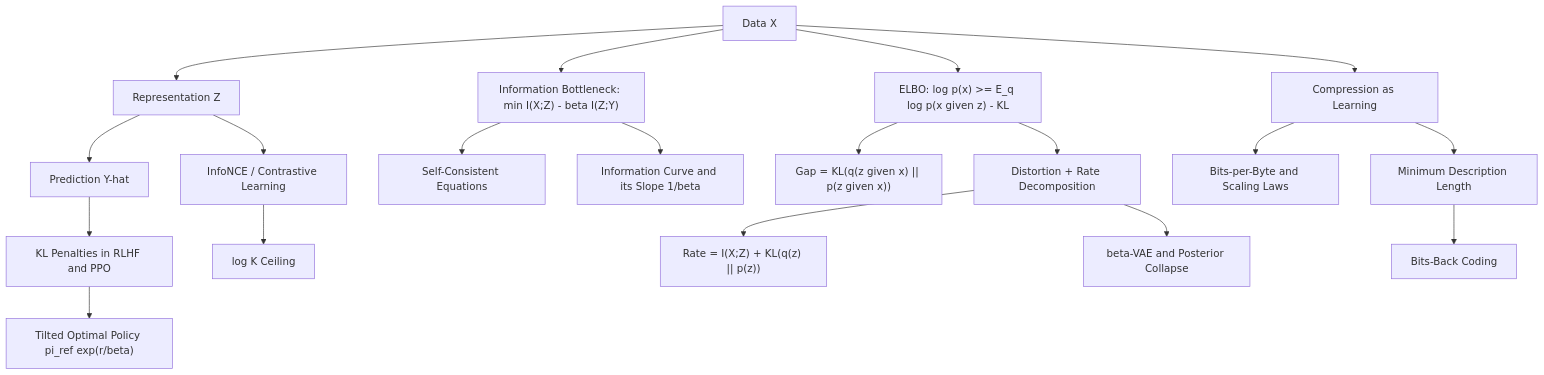
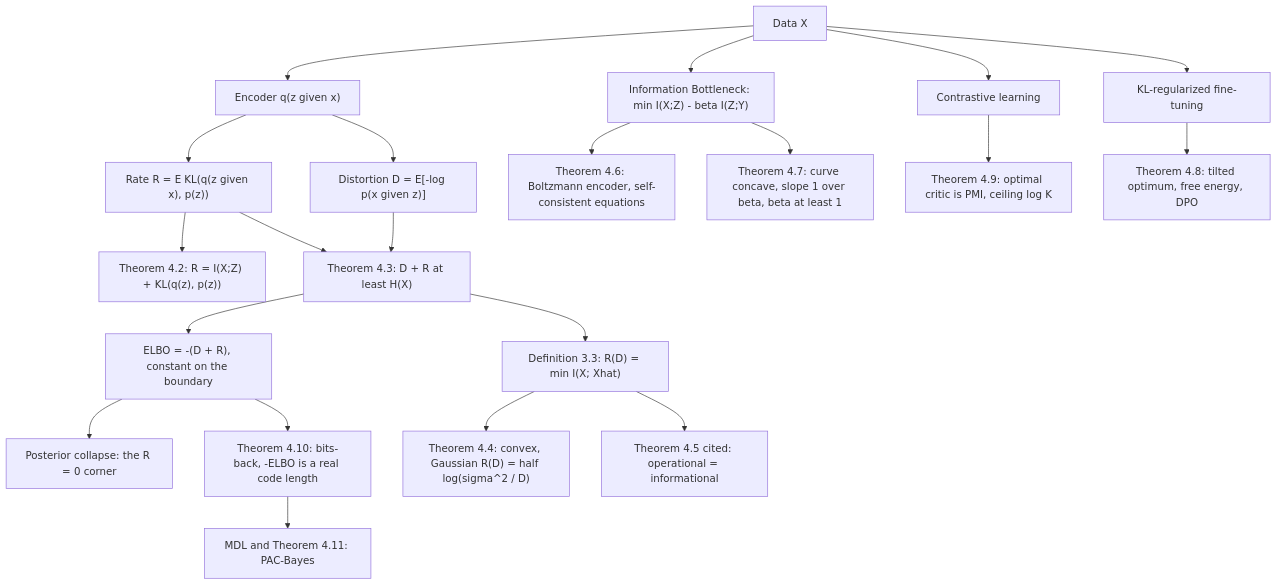
One commit to hien078/applied-mathematics-foundation changed the diagram in information_theory/06_information_theory_in_deep_learning/README.md. Above: the diagram before and after it, drawn with Mermaid. The commit also changed other lines of this file and 150 other files, not shown here.

````diff
--- a/information_theory/06_information_theory_in_deep_learning/README.md
+++ b/information_theory/06_information_theory_in_deep_learning/README.md
@@ -24,21 +64,23 @@
 ```mermaid
 graph TD
-    A["Data X"] --> B["Representation Z"]
-    B --> C["Prediction Y-hat"]
-    A --> D["Information Bottleneck: min I(X;Z) - beta I(Z;Y)"]
-    D --> E["Self-Consistent Equations"]
-    D --> F["Information Curve and its Slope 1/beta"]
-    A --> G["ELBO: log p(x) >= E_q log p(x given z) - KL"]
-    G --> H["Gap = KL(q(z given x) || p(z given x))"]
-    G --> I["Distortion + Rate Decomposition"]
-    I --> J["Rate = I(X;Z) + KL(q(z) || p(z))"]
-    I --> K["beta-VAE and Posterior Collapse"]
-    B --> L["InfoNCE / Contrastive Learning"]
-    L --> M["log K Ceiling"]
-    A --> N["Compression as Learning"]
-    N --> O["Bits-per-Byte and Scaling Laws"]
-    N --> P["Minimum Description Length"]
-    P --> Q["Bits-Back Coding"]
-    C --> R["KL Penalties in RLHF and PPO"]
-    R --> S["Tilted Optimal Policy pi_ref exp(r/beta)"]
+    A["Data X"] --> B["Encoder q(z given x)"]
+    B --> C["Rate R = E KL(q(z given x), p(z))"]
+    B --> D["Distortion D = E[-log p(x given z)]"]
+    C --> E["Theorem 4.2: R = I(X;Z) + KL(q(z), p(z))"]
+    D --> F["Theorem 4.3: D + R at least H(X)"]
+    C --> F
+    F --> G["ELBO = -(D + R), constant on the boundary"]
+    G --> H["Posterior collapse: the R = 0 corner"]
+    F --> I["Definition 3.3: R(D) = min I(X; Xhat)"]
+    I --> J["Theorem 4.4: convex, Gaussian R(D) = half log(sigma^2 / D)"]
+    I --> K["Theorem 4.5 cited: operational = informational"]
+    A --> L["Information Bottleneck: min I(X;Z) - beta I(Z;Y)"]
+    L --> M["Theorem 4.6: Boltzmann encoder, self-consistent equations"]
+    L --> N["Theorem 4.7: curve concave, slope 1 over beta, beta at least 1"]
+    A --> O["Contrastive learning"]
+    O --> P["Theorem 4.9: optimal critic is PMI, ceiling log K"]
+    G --> Q["Theorem 4.10: bits-back, -ELBO is a real code length"]
+    Q --> R["MDL and Theorem 4.11: PAC-Bayes"]
+    A --> S["KL-regularized fine-tuning"]
+    S --> T["Theorem 4.8: tilted optimum, free energy, DPO"]
 ```
````
